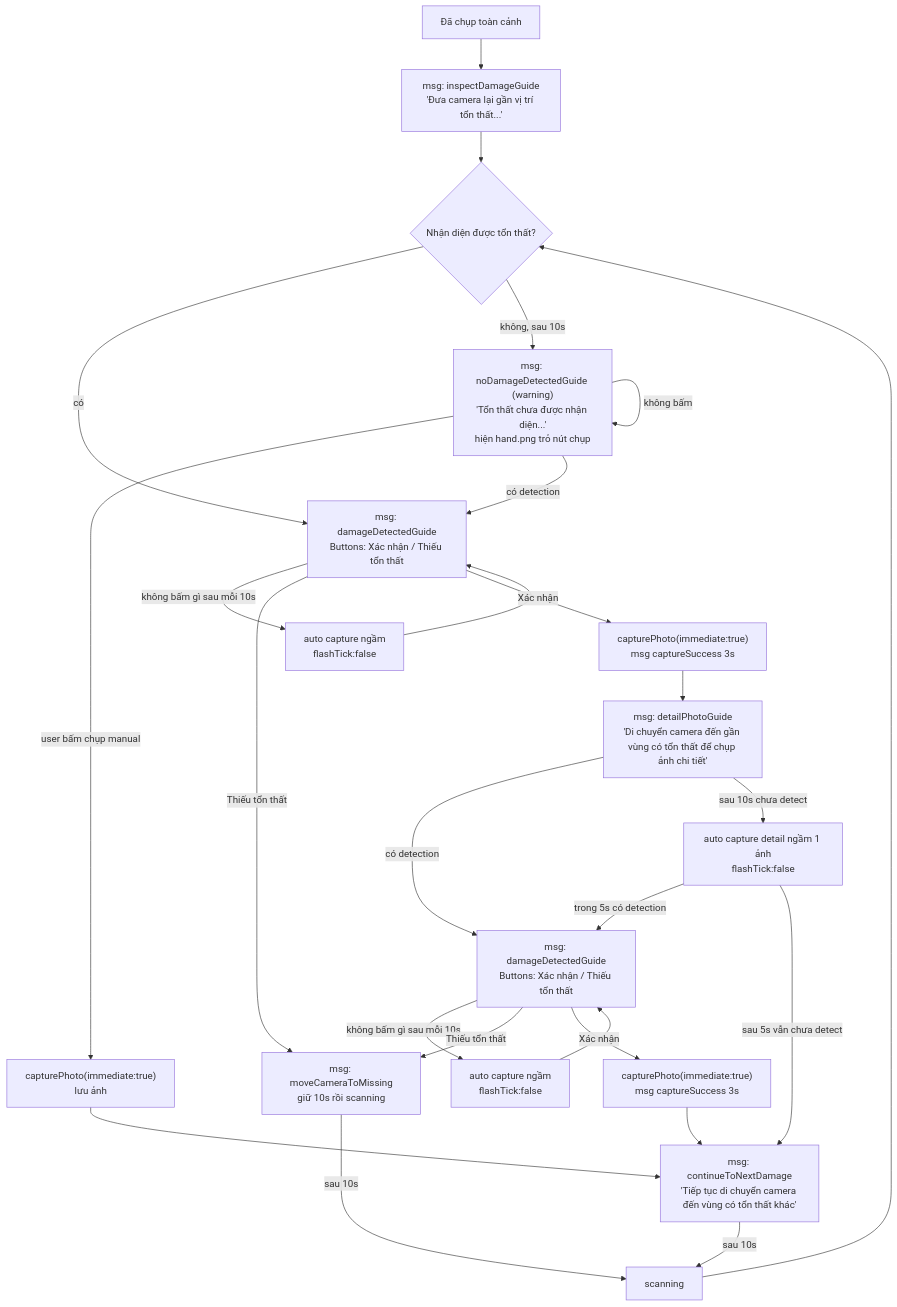
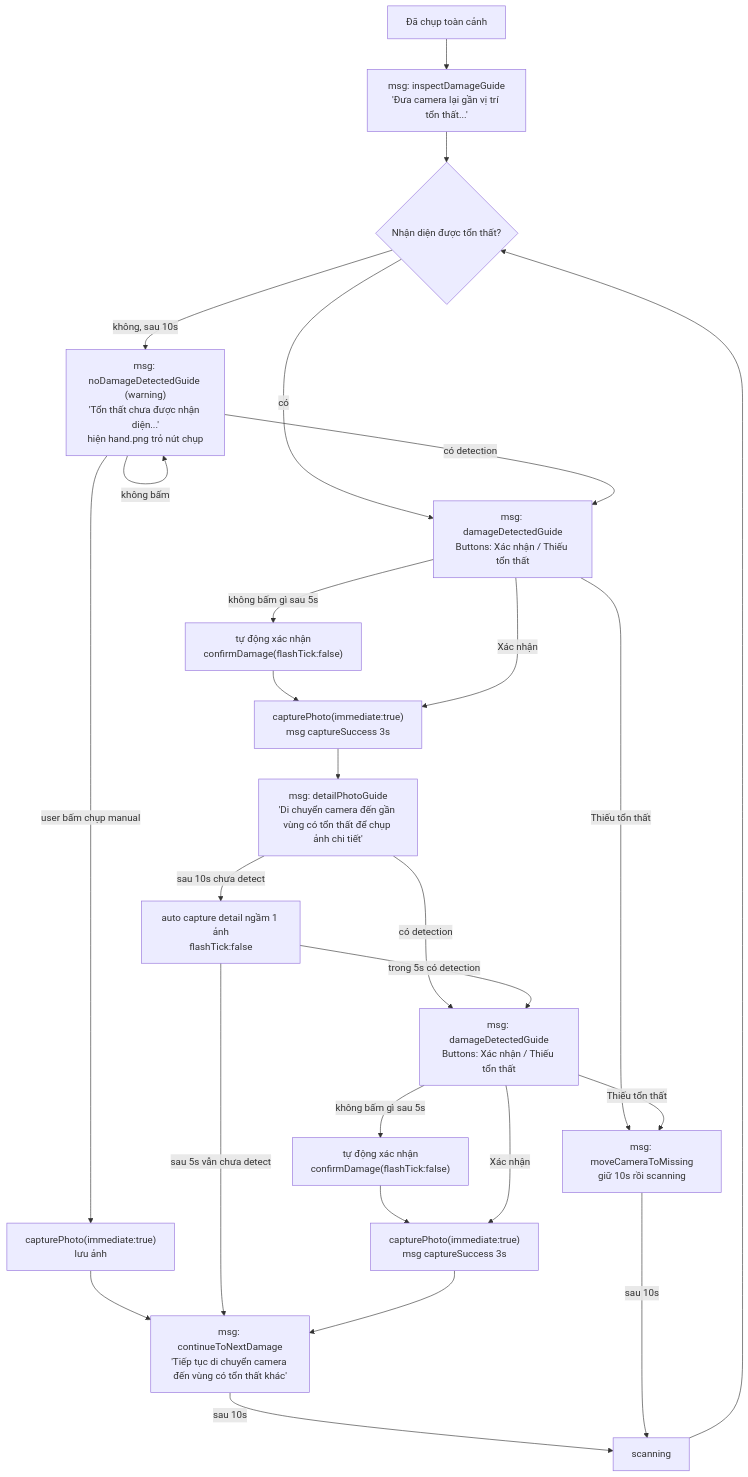
Before and after one commit to Aicycle-Insurance/aicycle_on_device: the sixth of 9 diagrams in CAMERA_CONTROLLER.md, drawn with Mermaid. The commit also changed other lines of this file and 12 other files, not shown here.

Commit message:
Slow down auto-capture pacing so users have time to prepare, bump version to 0.1.11 and update changelog for recent changes

````diff
--- a/CAMERA_CONTROLLER.md
+++ b/CAMERA_CONTROLLER.md
@@ -139,33 +139,33 @@
 ```mermaid
 flowchart TD
     A["Đã chụp toàn cảnh"] --> B["msg: inspectDamageGuide<br/>'Đưa camera lại gần vị trí tổn thất...'"]
     B --> C{"Nhận diện được tổn thất?"}
     C -->|có| D["msg: damageDetectedGuide<br/>Buttons: Xác nhận / Thiếu tổn thất"]
     C -->|"không, sau 10s"| W["msg: noDamageDetectedGuide (warning)<br/>'Tổn thất chưa được nhận diện...'<br/>hiện hand.png trỏ nút chụp"]
 
     W -->|"user bấm chụp manual"| WM["capturePhoto(immediate:true)<br/>lưu ảnh"]
     WM --> N["msg: continueToNextDamage<br/>'Tiếp tục di chuyển camera đến vùng có tổn thất khác'"]
     W -->|"không bấm"| W
     W -->|"có detection"| D
 
-    D -->|"không bấm gì sau mỗi 10s"| DA["auto capture ngầm<br/>flashTick:false"]
-    DA --> D
+    D -->|"không bấm gì sau 5s"| DA["tự động xác nhận<br/>confirmDamage(flashTick:false)"]
+    DA --> E
     D -->|"Thiếu tổn thất"| G["msg: moveCameraToMissing<br/>giữ 10s rồi scanning"]
     D -->|"Xác nhận"| E["capturePhoto(immediate:true)<br/>msg captureSuccess 3s"]
 
     E --> H["msg: detailPhotoGuide<br/>'Di chuyển camera đến gần vùng có tổn thất để chụp ảnh chi tiết'"]
     H -->|"có detection"| J["msg: damageDetectedGuide<br/>Buttons: Xác nhận / Thiếu tổn thất"]
     H -->|"sau 10s chưa detect"| I["auto capture detail ngầm 1 ảnh<br/>flashTick:false"]
     I -->|"trong 5s có detection"| J
     I -->|"sau 5s vẫn chưa detect"| N
 
-    J -->|"không bấm gì sau mỗi 10s"| JA["auto capture ngầm<br/>flashTick:false"]
-    JA --> J
+    J -->|"không bấm gì sau 5s"| JA["tự động xác nhận<br/>confirmDamage(flashTick:false)"]
+    JA --> K
     J -->|"Thiếu tổn thất"| G
     J -->|"Xác nhận"| K["capturePhoto(immediate:true)<br/>msg captureSuccess 3s"]
     K --> N
 
     N -->|"sau 10s"| S["scanning"]
     G -->|"sau 10s"| S
     S --> C
 ```
````
